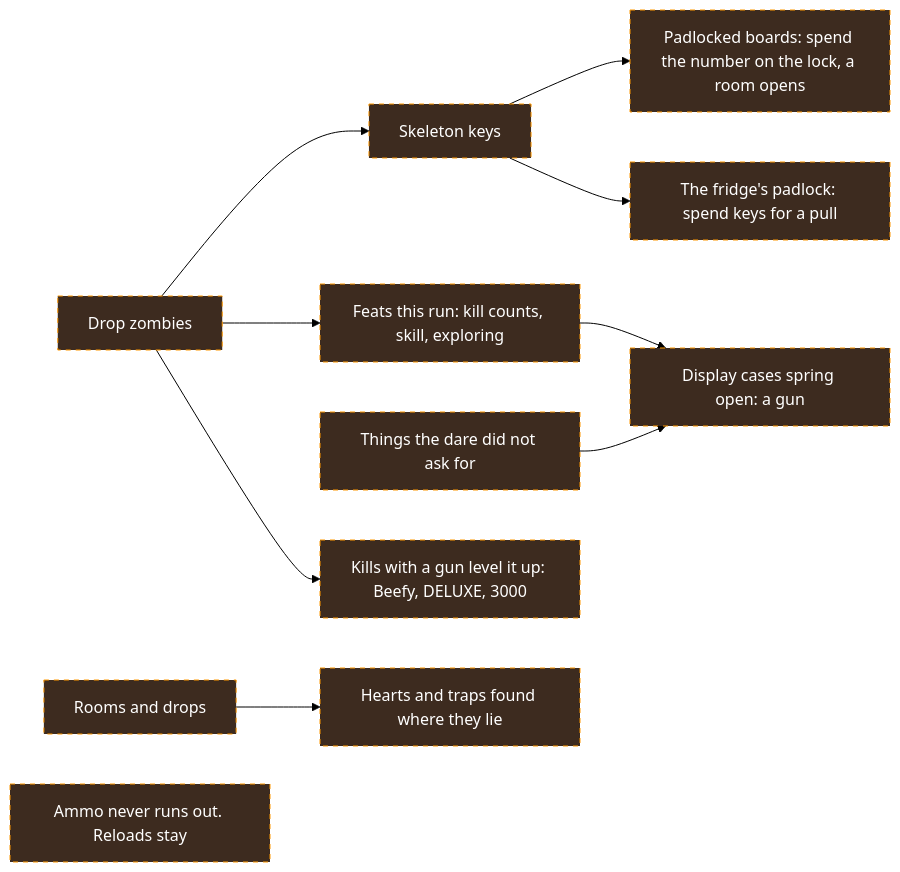
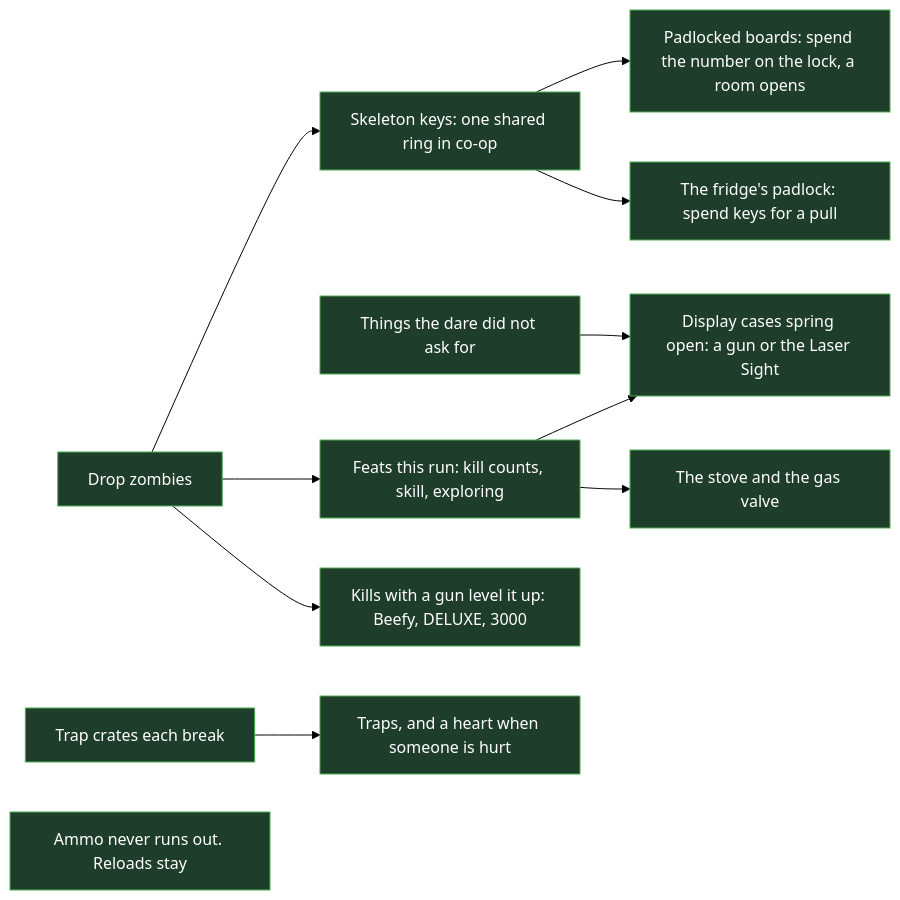
One commit to Tanner-Scadden/munch-manor changed the fifth of 7 diagrams in FLOW.md. Above: the diagram before and after it, drawn with Mermaid (forest theme). The commit also changed other lines of this file and 5 other files, not shown here.

````diff
--- a/FLOW.md
+++ b/FLOW.md
@@ -178,14 +174,15 @@
 ```mermaid
 flowchart LR
-  kill[Drop zombies]:::proposed --> keys[Skeleton keys]:::proposed
-  keys --> boards[Padlocked boards: spend the number on the lock, a room opens]:::proposed
-  keys --> fridge[The fridge's padlock: spend keys for a pull]:::proposed
-  kill --> feats[Feats this run: kill counts, skill, exploring]:::proposed
-  feats --> cases[Display cases spring open: a gun]:::proposed
-  find[Things the dare did not ask for]:::proposed --> cases
-  kill --> use[Kills with a gun level it up: Beefy, DELUXE, 3000]:::proposed
-  rooms[Rooms and drops]:::proposed --> found[Hearts and traps found where they lie]:::proposed
-  ammo2[Ammo never runs out. Reloads stay]:::proposed
+  kill[Drop zombies]:::built --> keys[Skeleton keys: one shared ring in co-op]:::built
+  keys --> boards[Padlocked boards: spend the number on the lock, a room opens]:::built
+  keys --> fridge[The fridge's padlock: spend keys for a pull]:::built
+  kill --> feats[Feats this run: kill counts, skill, exploring]:::built
+  feats --> cases[Display cases spring open: a gun or the Laser Sight]:::built
+  feats --> stove[The stove and the gas valve]:::built
+  find[Things the dare did not ask for]:::built --> cases
+  kill --> use[Kills with a gun level it up: Beefy, DELUXE, 3000]:::built
+  crates[Trap crates each break]:::built --> found[Traps, and a heart when someone is hurt]:::built
+  ammo2[Ammo never runs out. Reloads stay]:::built
 
-  classDef proposed fill:#3d2b1f,stroke:#ff9800,color:#fff,stroke-dasharray: 5 5
+  classDef built fill:#1f3d2b,stroke:#4caf50,color:#fff
 ```
````
